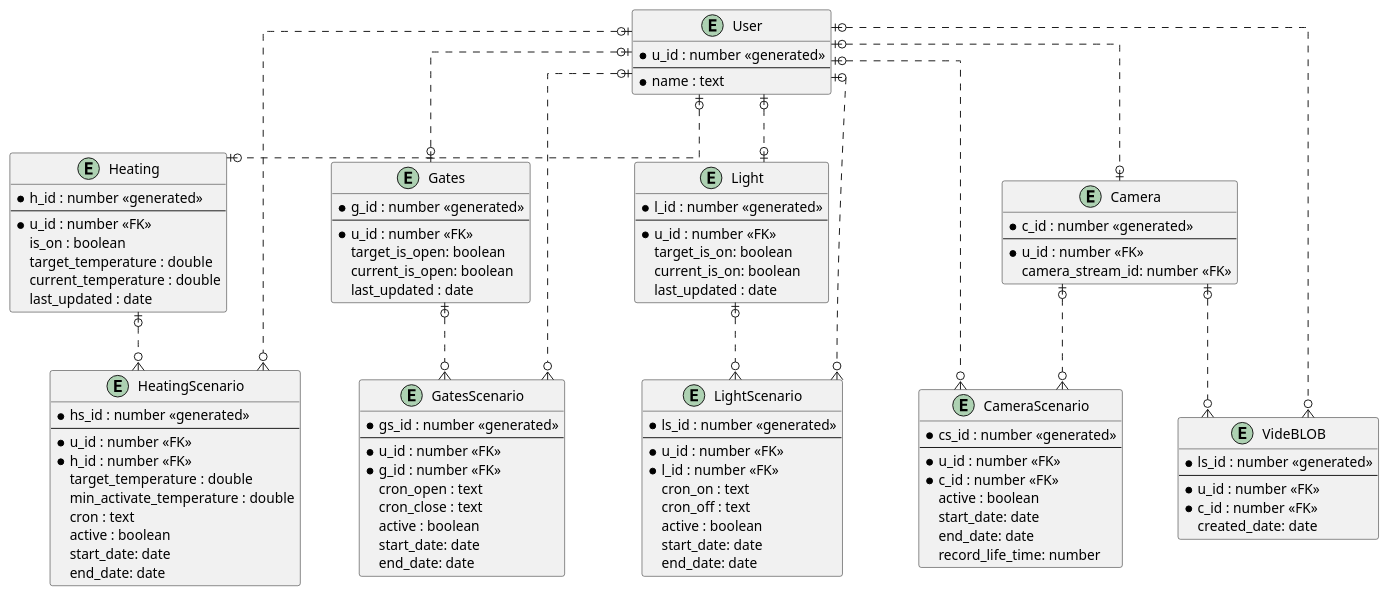
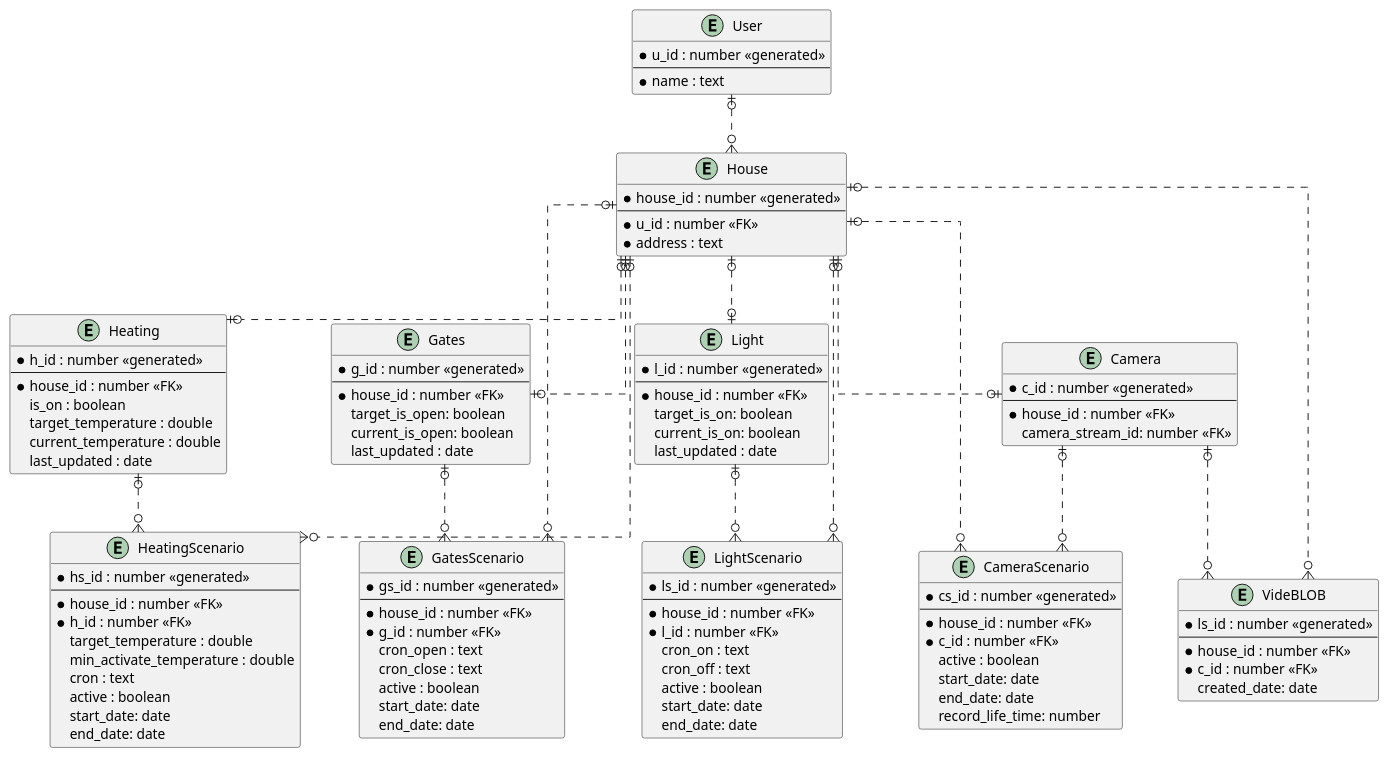
The diagram in diagrams/task3/task3_er.puml (fireflysmk/architecture-sprint-3), drawn with PlantUML before and after one commit. The commit also changed 4 other files, not shown here.

```diff
--- a/diagrams/task3/task3_er.puml
+++ b/diagrams/task3/task3_er.puml
@@ -1,124 +1,132 @@
 @startuml
 ' hide the spot
 ' hide circle
 
 ' avoid problems with angled crows feet
 skinparam linetype ortho
 
 entity "User" as u {
   *u_id : number <<generated>>
   --
   *name : text
 }
 
+entity "House" as house {
+  *house_id : number <<generated>>
+  --
+  *u_id : number <<FK>>
+  *address : text
+}
+
 entity "Heating" as h {
   *h_id : number <<generated>>
   --
-  *u_id : number <<FK>>
+  *house_id : number <<FK>>
   is_on : boolean
   target_temperature : double
   current_temperature : double
   last_updated : date
 }
 
 entity "HeatingScenario" as hs {
   *hs_id : number <<generated>>
   --
-  *u_id : number <<FK>>
+  *house_id : number <<FK>>
   *h_id : number <<FK>>
   target_temperature : double
   min_activate_temperature : double
   cron : text
   active : boolean
   start_date: date
   end_date: date
 }
 
 entity "Gates" as g {
   *g_id : number <<generated>>
   --
-  *u_id : number <<FK>>
+  *house_id : number <<FK>>
   target_is_open: boolean
   current_is_open: boolean
   last_updated : date
 }
 
 entity "GatesScenario" as gs {
   *gs_id : number <<generated>>
   --
-  *u_id : number <<FK>>
+  *house_id : number <<FK>>
   *g_id : number <<FK>>
   cron_open : text
   cron_close : text
   active : boolean
   start_date: date
   end_date: date
 }
 
 entity "Light" as l {
   *l_id : number <<generated>>
   --
-  *u_id : number <<FK>>
+  *house_id : number <<FK>>
   target_is_on: boolean
   current_is_on: boolean
   last_updated : date
 }
 
 entity "LightScenario" as ls {
   *ls_id : number <<generated>>
   --
-  *u_id : number <<FK>>
+  *house_id : number <<FK>>
   *l_id : number <<FK>>
   cron_on : text
   cron_off : text
   active : boolean
   start_date: date
   end_date: date
 }
 
 entity "Camera" as c {
   *c_id : number <<generated>>
   --
-  *u_id : number <<FK>>
+  *house_id : number <<FK>>
   camera_stream_id: number <<FK>>
 }
 
 entity "CameraScenario" as cs {
   *cs_id : number <<generated>>
   --
-  *u_id : number <<FK>>
+  *house_id : number <<FK>>
   *c_id : number <<FK>>
   active : boolean
   start_date: date
   end_date: date
   record_life_time: number
 }
 
 entity "VideBLOB" as cb {
   *ls_id : number <<generated>>
   --
-  *u_id : number <<FK>>
+  *house_id : number <<FK>>
   *c_id : number <<FK>>
   created_date: date
 }
 
+u |o..o{ house
 
-u |o..o| h
-u |o..o{ hs
+house |o..o| h
+house |o..o{ hs
 h |o..o{ hs
 
 
-u |o..o| g
-u |o..o{ gs
+house |o..o| g
+house |o..o{ gs
 g |o..o{ gs
 
-u |o..o| l
-u |o..o{ ls
+house |o..o| l
+house |o..o{ ls
 l |o..o{ ls
 
-u |o..o| c
-u |o..o{ cs
-u |o..o{ cb
+house |o..o| c
+house |o..o{ cs
+house |o..o{ cb
 c |o..o{ cs
 c |o..o{ cb
 @enduml
```
